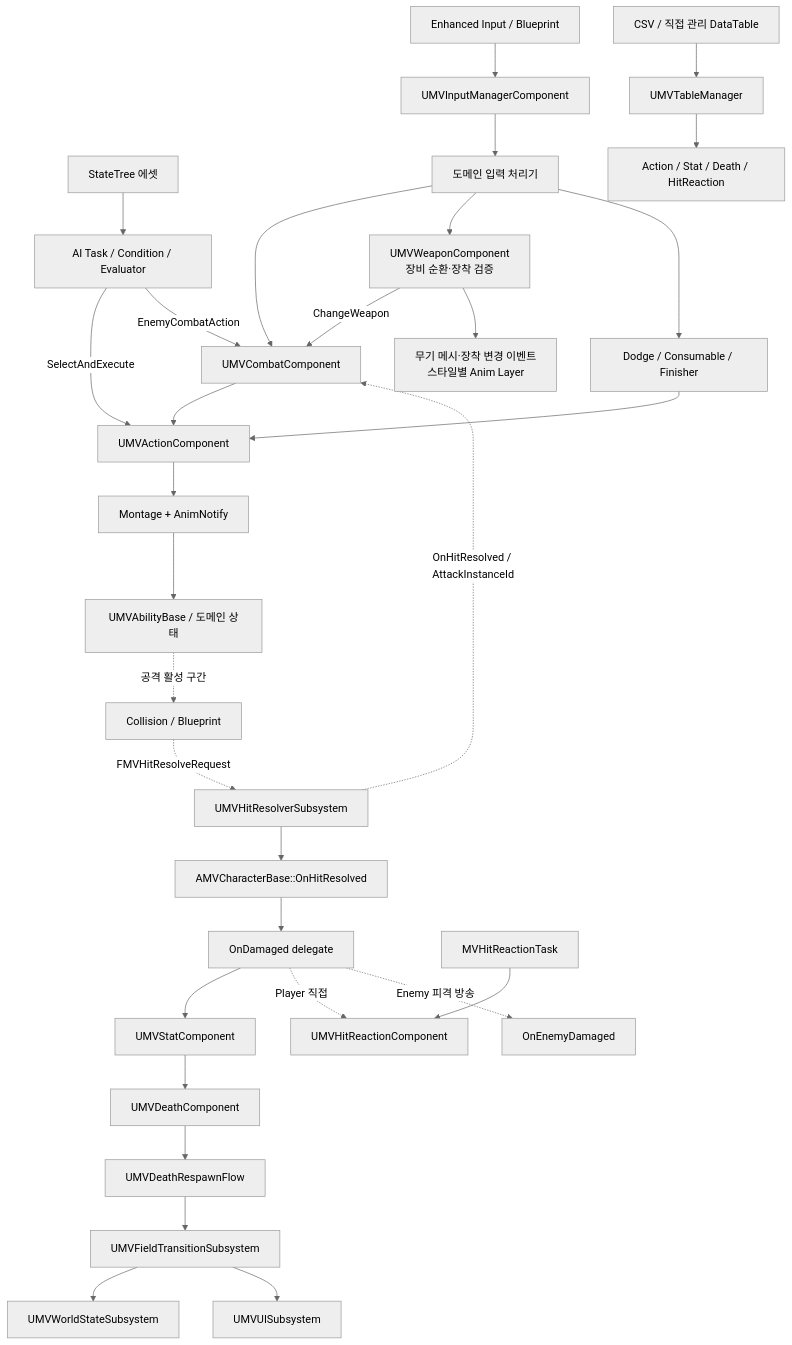
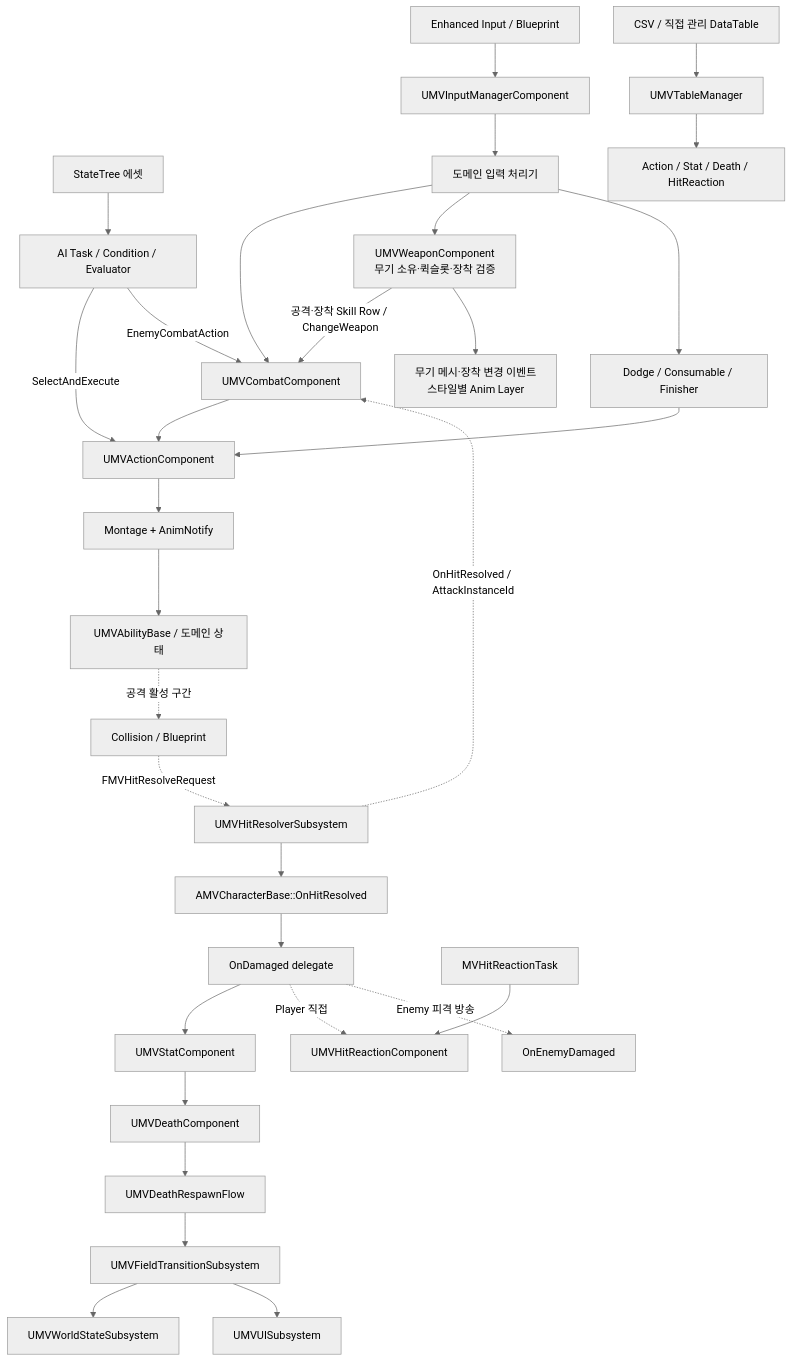
The diagram in docs/wiki/Architecture/document.md (DreamersStudio3/Maverick), drawn with Mermaid (neutral theme) before and after one commit. The commit also changed other lines of this file and 101 other files, not shown here.

````diff
--- a/docs/wiki/Architecture/document.md
+++ b/docs/wiki/Architecture/document.md
@@ -17,33 +17,33 @@
 ```mermaid
 flowchart TD
     Input["Enhanced Input / Blueprint"] --> InputManager["UMVInputManagerComponent"]
     StateTree["StateTree 에셋"] --> AITasks["AI Task / Condition / Evaluator"]
     InputManager --> Handlers["도메인 입력 처리기"]
     AITasks -->|SelectAndExecute| Action["UMVActionComponent"]
     AITasks -->|EnemyCombatAction| Combat["UMVCombatComponent"]
     Handlers --> Combat
-    Handlers --> Weapon["UMVWeaponComponent<br/>장비 순환·장착 검증"]
-    Weapon -->|ChangeWeapon| Combat
+    Handlers --> Weapon["UMVWeaponComponent<br/>무기 소유·퀵슬롯·장착 검증"]
+    Weapon -->|공격·장착 Skill Row / ChangeWeapon| Combat
     Weapon --> WeaponVisual["무기 메시·장착 변경 이벤트<br/>스타일별 Anim Layer"]
     Handlers --> PlayerDomains["Dodge / Consumable / Finisher"]
     Combat --> Action
     PlayerDomains --> Action
     Action --> Montage["Montage + AnimNotify"]
     Montage --> Ability["UMVAbilityBase / 도메인 상태"]
     Ability -. "공격 활성 구간" .-> HitSource["Collision / Blueprint"]
     HitSource -. "FMVHitResolveRequest" .-> HitResolver["UMVHitResolverSubsystem"]
     HitResolver -. "OnHitResolved / AttackInstanceId" .-> Combat
     HitResolver --> CharacterBridge["AMVCharacterBase::OnHitResolved"]
     CharacterBridge --> OnDamaged["OnDamaged delegate"]
     OnDamaged --> Stat["UMVStatComponent"]
     OnDamaged -. "Player 직접" .-> HitReaction["UMVHitReactionComponent"]
     OnDamaged -. "Enemy 피격 방송" .-> EnemyDamaged["OnEnemyDamaged"]
     EnemyTask["MVHitReactionTask"] --> HitReaction
     Stat --> Death["UMVDeathComponent"]
     Death --> Respawn["UMVDeathRespawnFlow"]
     Respawn --> Transition["UMVFieldTransitionSubsystem"]
     Transition --> WorldState["UMVWorldStateSubsystem"]
     Transition --> UI["UMVUISubsystem"]
     Tables["CSV / 직접 관리 DataTable"] --> TableManager["UMVTableManager"]
     TableManager --> RuntimeConsumers["Action / Stat / Death / HitReaction"]
 ```
````
